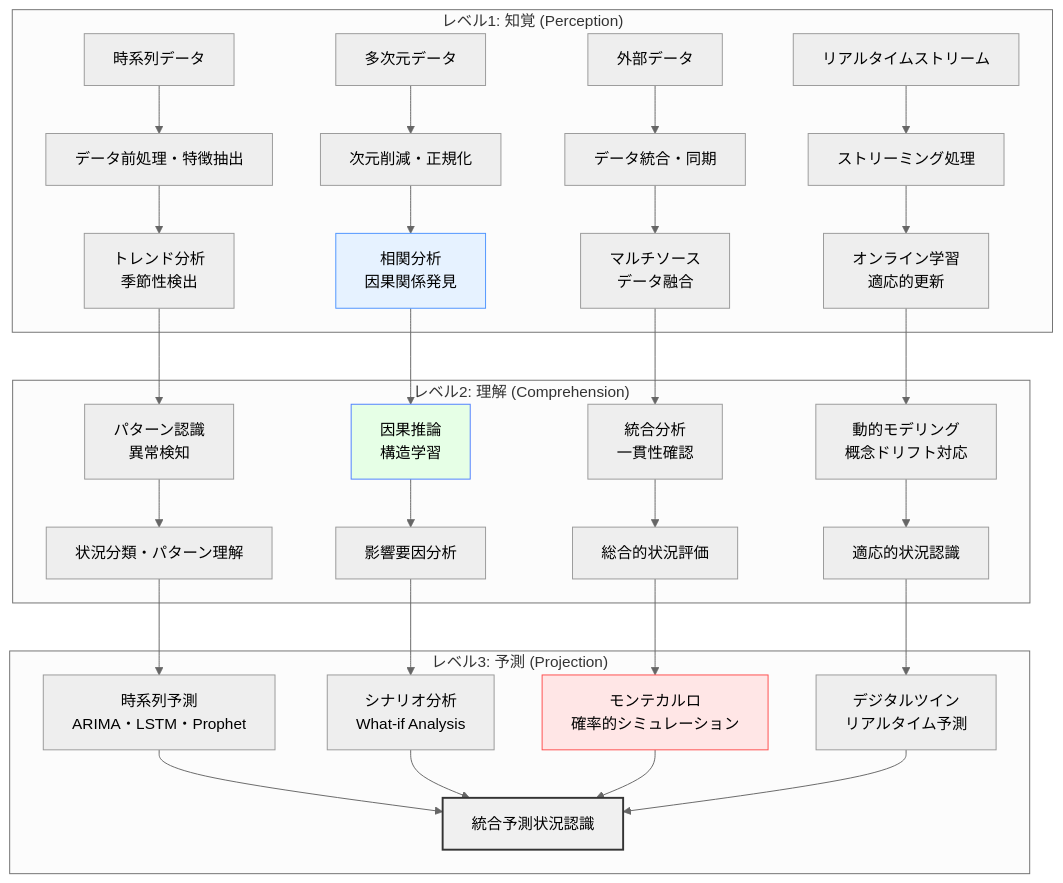
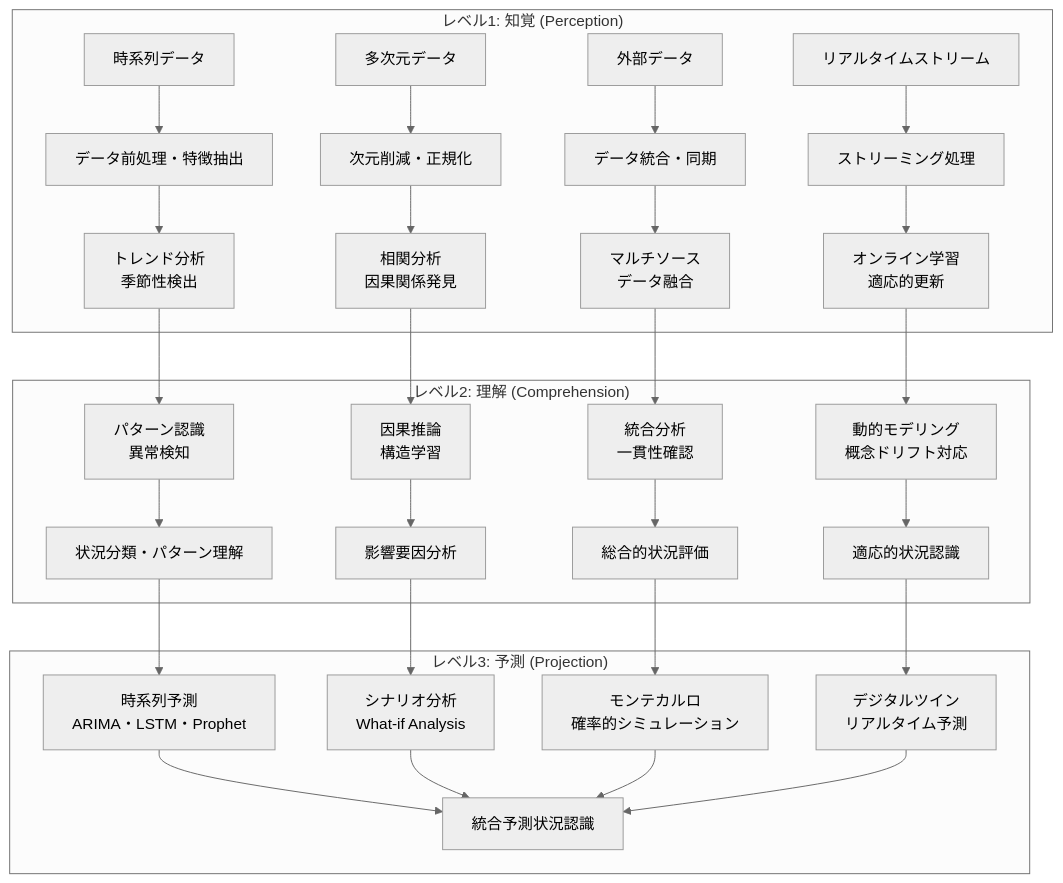
The diagram in docs/ai-and-future/predictive-analytics.md (shuji-bonji/Situational-Awareness-and-Decision-Making), drawn with Mermaid (neutral theme) before and after one commit. The commit also changed 49 other files, not shown here.

Commit message:
fix: ダークモードで見づらい図の色の変更

````diff
--- a/docs/ai-and-future/predictive-analytics.md
+++ b/docs/ai-and-future/predictive-analytics.md
@@ -22,43 +22,38 @@
 ```mermaid
 graph TD
     subgraph "レベル1: 知覚 (Perception)"
         A1[時系列データ] --> B1[データ前処理・特徴抽出]
         A2[多次元データ] --> B2[次元削減・正規化]
         A3[外部データ] --> B3[データ統合・同期]
         A4[リアルタイムストリーム] --> B4[ストリーミング処理]
         
         B1 --> C1[トレンド分析<br/>季節性検出]
         B2 --> C2[相関分析<br/>因果関係発見]
         B3 --> C3[マルチソース<br/>データ融合]
         B4 --> C4[オンライン学習<br/>適応的更新]
     end
     
     subgraph "レベル2: 理解 (Comprehension)"
         C1 --> D1[パターン認識<br/>異常検知]
         C2 --> D2[因果推論<br/>構造学習]
         C3 --> D3[統合分析<br/>一貫性確認]
         C4 --> D4[動的モデリング<br/>概念ドリフト対応]
         
         D1 --> E1[状況分類・パターン理解]
         D2 --> E2[影響要因分析]
         D3 --> E3[総合的状況評価]
         D4 --> E4[適応的状況認識]
     end
     
     subgraph "レベル3: 予測 (Projection)"
         E1 --> F1[時系列予測<br/>ARIMA・LSTM・Prophet]
         E2 --> F2[シナリオ分析<br/>What-if Analysis]
         E3 --> F3[モンテカルロ<br/>確率的シミュレーション]
         E4 --> F4[デジタルツイン<br/>リアルタイム予測]
         
         F1 --> G[統合予測状況認識]
         F2 --> G
         F3 --> G
         F4 --> G
     end
-    
-    style C2 fill:#e6f2ff,stroke:#4d94ff
-    style D2 fill:#e6ffe6,stroke:#4d7fff
-    style F3 fill:#ffe6e6,stroke:#ff4d4d
-    style G fill:#f0f0f0,stroke:#333,stroke-width:2px
 ```
````
